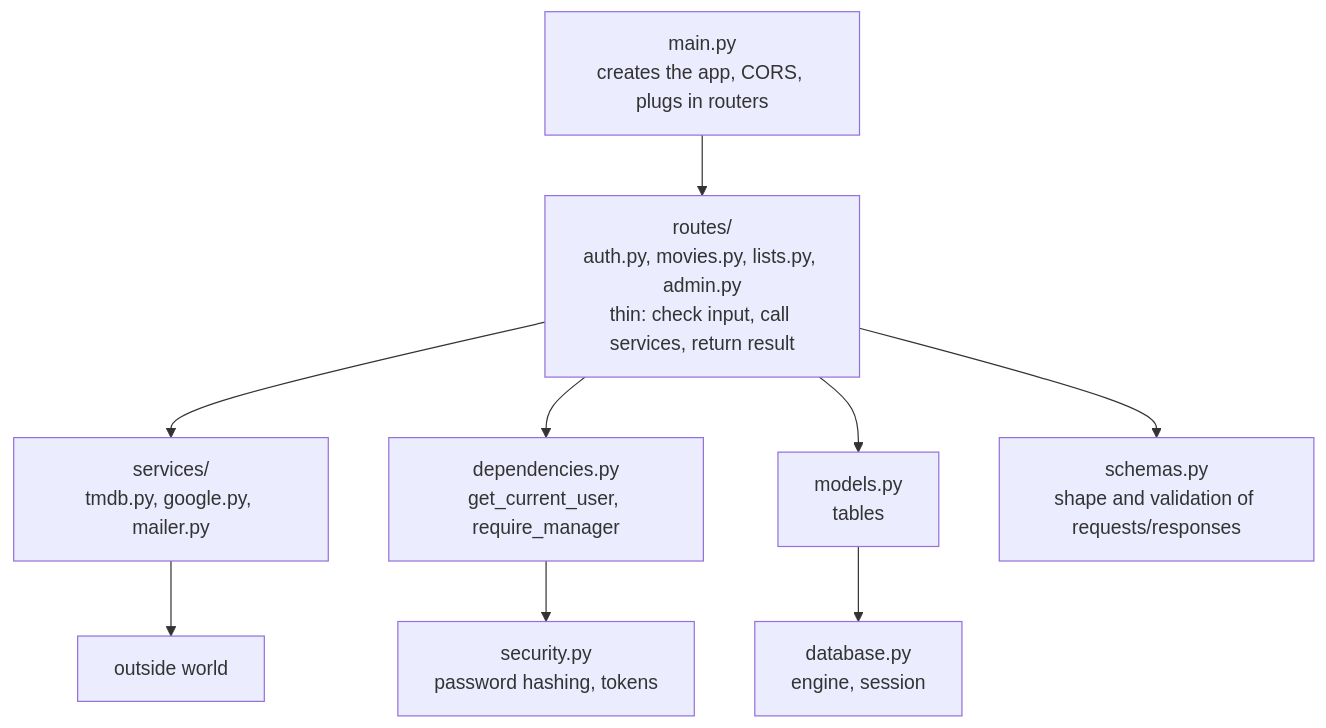
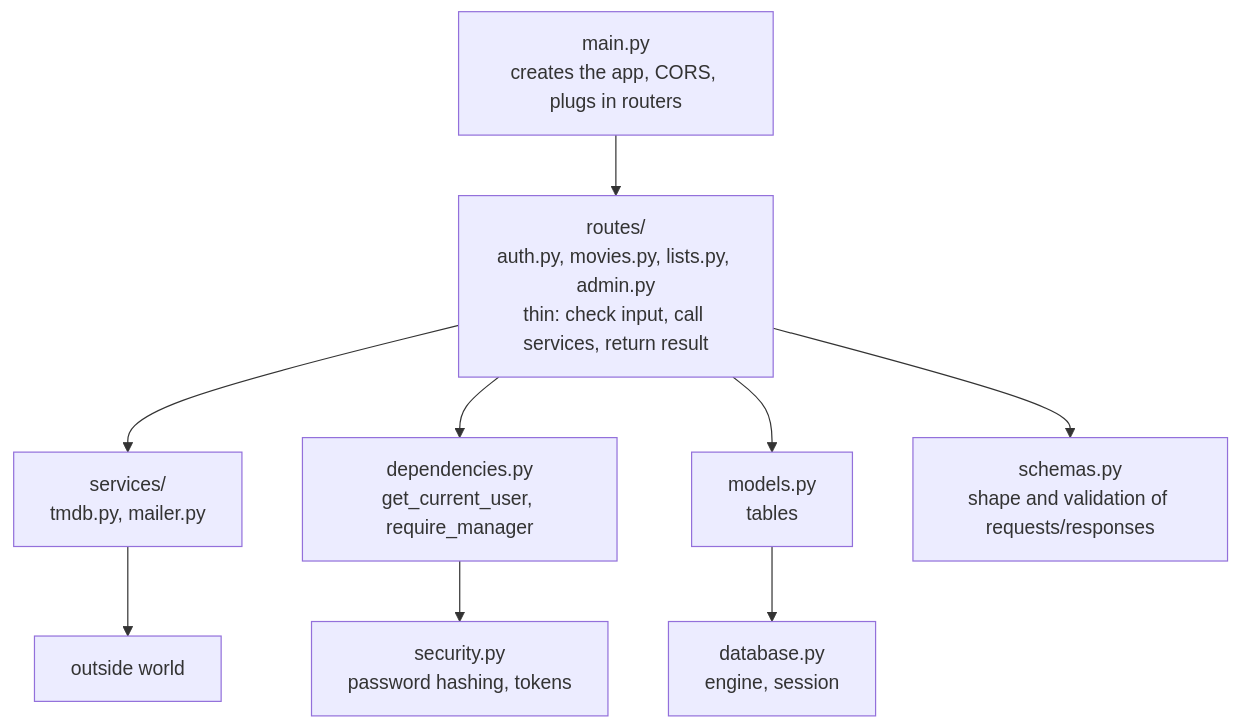
One commit to moshA-B/framerate changed the second of 5 diagrams in docs/project-book.md. Above: the diagram before and after it, drawn with Mermaid. The commit also changed other lines of this file and 9 other files, not shown here.

````diff
--- a/docs/project-book.md
+++ b/docs/project-book.md
@@ -56,11 +55,11 @@
 ```mermaid
 flowchart TD
     main[main.py<br/>creates the app, CORS, plugs in routers] --> routes
     routes[routes/<br/>auth.py, movies.py, lists.py, admin.py<br/>thin: check input, call services, return result] --> services
     routes --> dependencies[dependencies.py<br/>get_current_user, require_manager]
-    services[services/<br/>tmdb.py, google.py, mailer.py] --> ext[outside world]
+    services[services/<br/>tmdb.py, mailer.py] --> ext[outside world]
     routes --> models[models.py<br/>tables]
     models --> database[database.py<br/>engine, session]
     routes --> schemas[schemas.py<br/>shape and validation of requests/responses]
     dependencies --> security[security.py<br/>password hashing, tokens]
 ```
````
